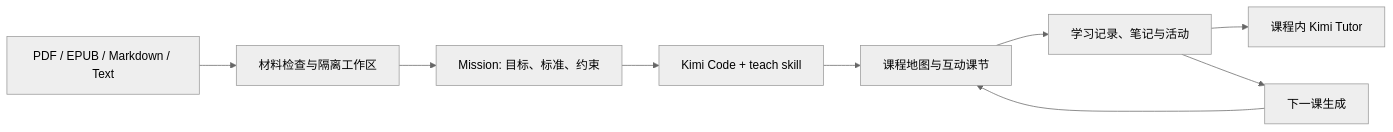
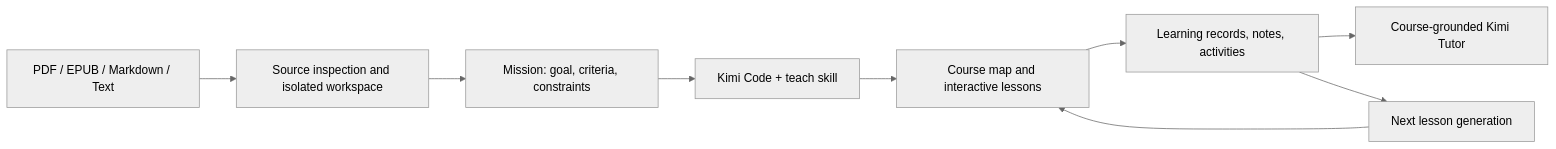
Before and after one commit to Sebastianhayashi/kimi-study-app: the diagram in README.md, drawn with Mermaid (neutral theme). The commit also changed other lines of this file and 2 other files, not shown here.

````diff
--- a/README.md
+++ b/README.md
@@ -87,11 +83,11 @@
 ```mermaid
 flowchart LR
-    A[PDF / EPUB / Markdown / Text] --> B[材料检查与隔离工作区]
-    B --> C[Mission: 目标、标准、约束]
+    A[PDF / EPUB / Markdown / Text] --> B[Source inspection and isolated workspace]
+    B --> C[Mission: goal, criteria, constraints]
     C --> D[Kimi Code + teach skill]
-    D --> E[课程地图与互动课节]
-    E --> F[学习记录、笔记与活动]
-    F --> G[课程内 Kimi Tutor]
-    F --> H[下一课生成]
+    D --> E[Course map and interactive lessons]
+    E --> F[Learning records, notes, activities]
+    F --> G[Course-grounded Kimi Tutor]
+    F --> H[Next lesson generation]
     H --> E
 ```
````
